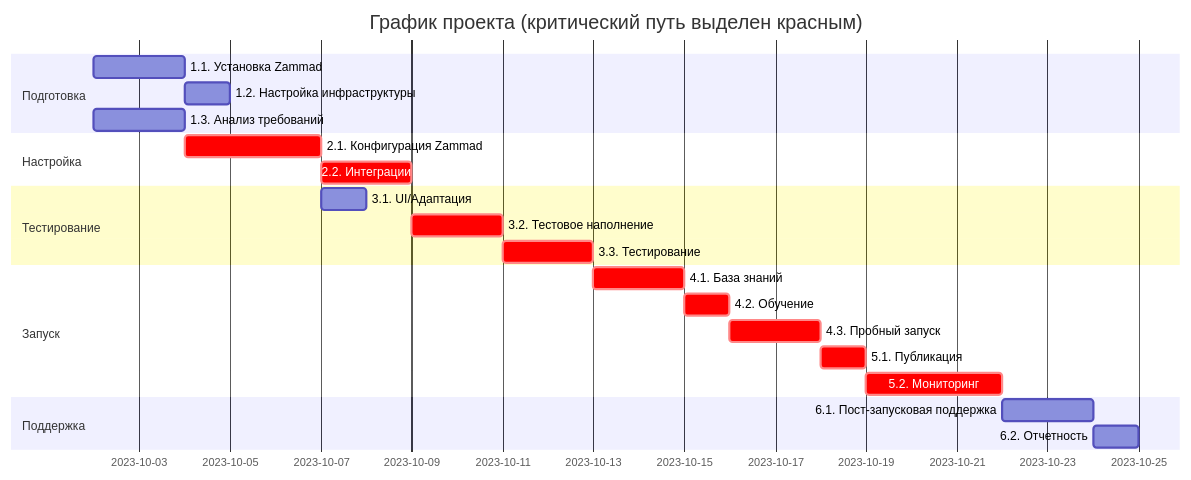
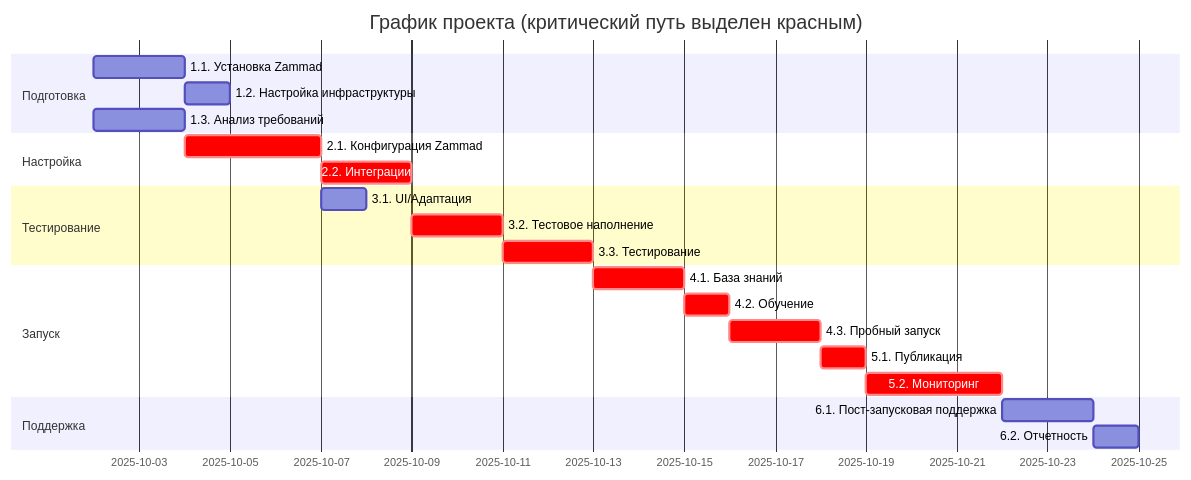
The first of 6 diagrams in Управление проектами.md (Nikita-Silent/trash-codes), drawn with Mermaid before and after one commit. The commit also changed other lines of this file, not shown here.

Commit message:
Update Управление проектами.md
change datetime

````diff
--- a/Управление проектами.md
+++ b/Управление проектами.md
@@ -159,25 +159,25 @@
 ```mermaid
 gantt
     title График проекта (критический путь выделен красным)
     dateFormat  YYYY-MM-DD
     section Подготовка
-    1.1. Установка Zammad           :a1, 2023-10-02, 2d
+    1.1. Установка Zammad           :a1, 2025-10-02, 2d
     1.2. Настройка инфраструктуры   :a2, after a1, 1d
-    1.3. Анализ требований          :a3, 2023-10-02, 2d
+    1.3. Анализ требований          :a3, 2025-10-02, 2d
     section Настройка
     2.1. Конфигурация Zammad        :crit, a4, after a1 a3, 3d
     2.2. Интеграции                 :crit, a5, after a4, 2d
     section Тестирование
     3.1. UI/Адаптация              :a6, after a4, 1d
     3.2. Тестовое наполнение        :crit, a7, after a5, 2d
     3.3. Тестирование               :crit, a8, after a6 a7, 2d
     section Запуск
     4.1. База знаний               :crit, a9, after a8, 2d
     4.2. Обучение                  :crit, a10, after a9, 1d
     4.3. Пробный запуск            :crit, a11, after a10, 2d
     5.1. Публикация                :crit, a12, after a11, 1d
     5.2. Мониторинг                :crit, a13, after a12, 3d
     section Поддержка
     6.1. Пост-запусковая поддержка :a14, after a13, 2d
     6.2. Отчетность                :a15, after a14, 1d
 ```
````
